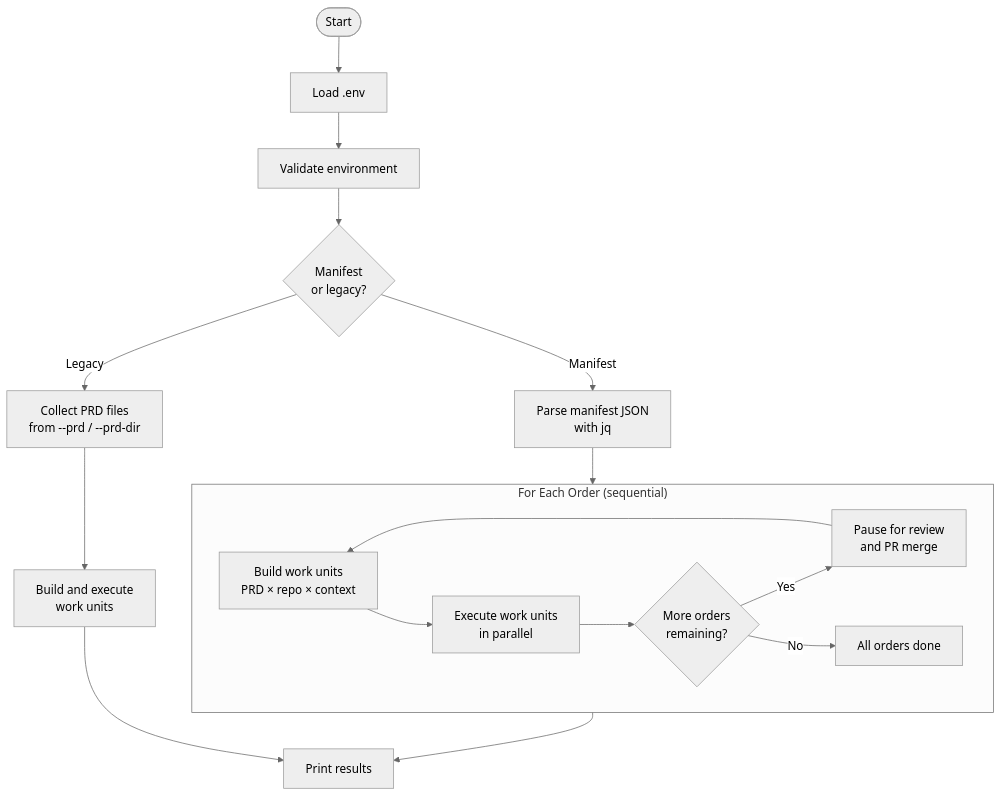
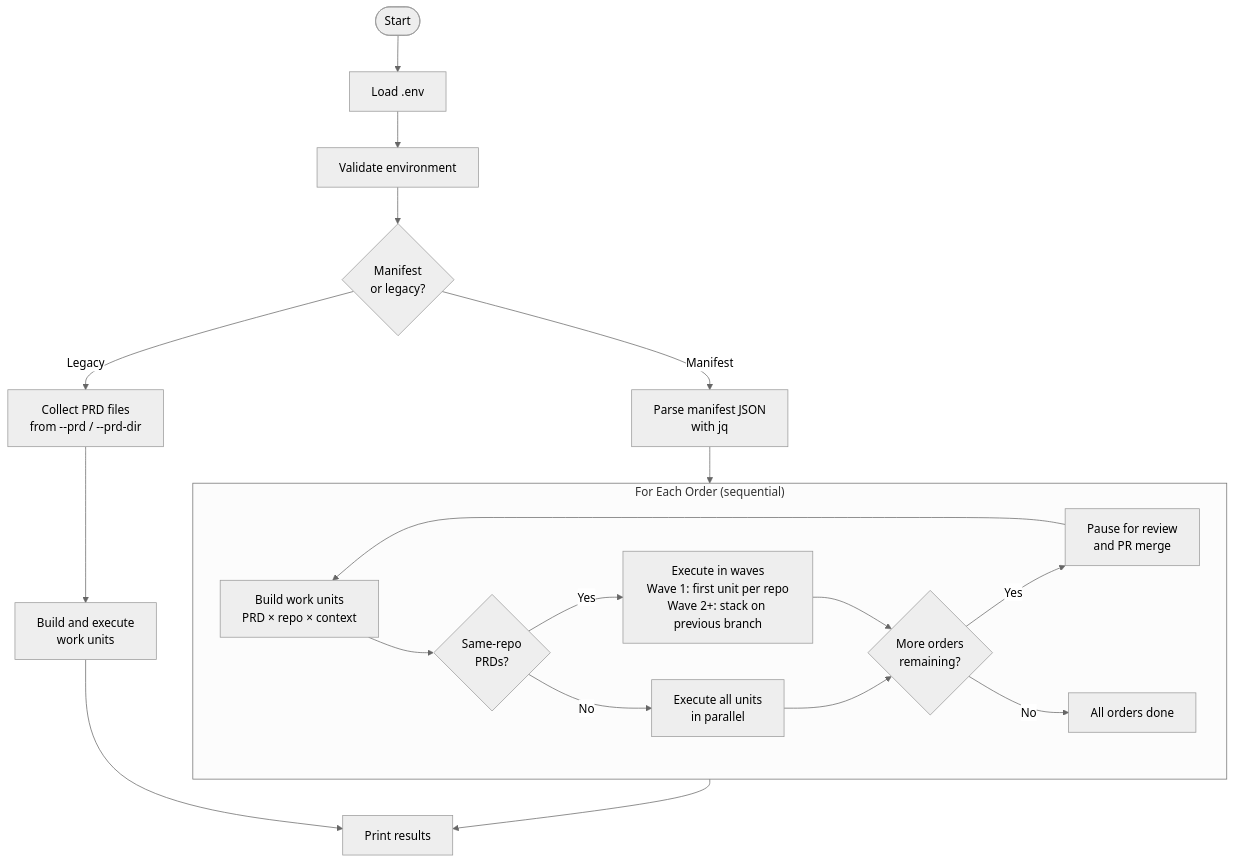
One commit to delehner/wisp changed the fourth of 8 diagrams in docs/pipeline-overview.md. Above: the diagram before and after it, drawn with Mermaid (neutral theme). The commit also changed other lines of this file and 23 other files, not shown here.

````diff
--- a/docs/pipeline-overview.md
+++ b/docs/pipeline-overview.md
@@ -115,25 +136,28 @@
 ```mermaid
 flowchart TD
     Start([Start]) --> LoadEnv[Load .env]
     LoadEnv --> Validate[Validate environment]
     Validate --> Mode{Manifest\nor legacy?}
 
     Mode -->|Manifest| ParseManifest[Parse manifest JSON\nwith jq]
     Mode -->|Legacy| CollectPRDs[Collect PRD files\nfrom --prd / --prd-dir]
 
     ParseManifest --> OrderLoop
 
     subgraph OrderLoop["For Each Order (sequential)"]
         BuildUnits[Build work units\nPRD × repo × context]
-        BuildUnits --> Execute[Execute work units\nin parallel]
+        BuildUnits --> SameRepo{Same-repo\nPRDs?}
+        SameRepo -->|No| Execute[Execute all units\nin parallel]
+        SameRepo -->|Yes| Waves["Execute in waves\nWave 1: first unit per repo\nWave 2+: stack on previous branch"]
         Execute --> Pause{More orders\nremaining?}
+        Waves --> Pause
         Pause -->|Yes| Prompt[Pause for review\nand PR merge]
         Prompt --> BuildUnits
         Pause -->|No| OrderDone[All orders done]
     end
 
     CollectPRDs --> LegacyExec[Build and execute\nwork units]
 
     OrderLoop --> Summary[Print results]
     LegacyExec --> Summary
 ```
````
